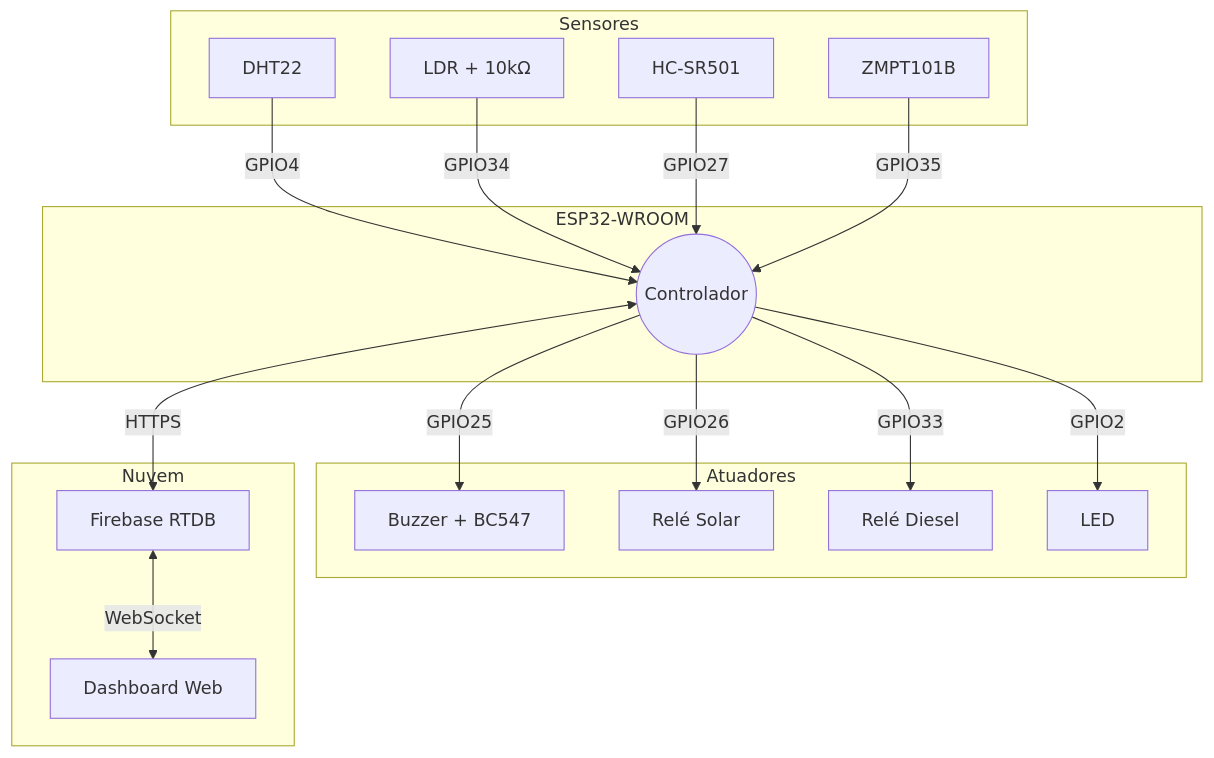
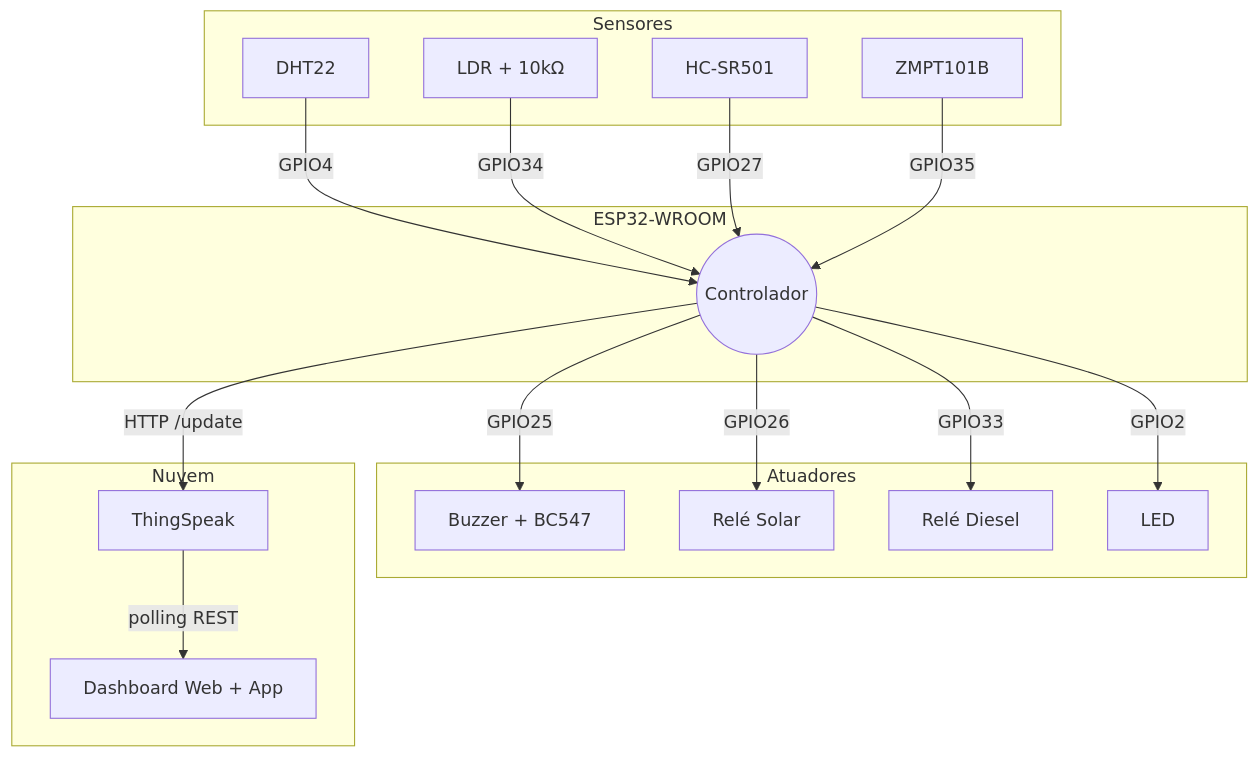
One commit to JoaoGabriel1601/BETA-IOT-2.0 changed the diagram in docs/esquematico.md. Above: the diagram before and after it, drawn with Mermaid. The commit also changed 36 other files, not shown here.

````diff
--- a/docs/esquematico.md
+++ b/docs/esquematico.md
@@ -33,38 +33,38 @@
 ```mermaid
 graph TB
     subgraph Sensores
         DHT[DHT22]
         LDR[LDR + 10kΩ]
         PIR[HC-SR501]
         ZMPT[ZMPT101B]
     end
 
     subgraph ESP32[ESP32-WROOM]
         ESP((Controlador))
     end
 
     subgraph Atuadores
         BUZ[Buzzer + BC547]
         RL1[Relé Solar]
         RL2[Relé Diesel]
         LED[LED]
     end
 
     subgraph Nuvem
-        FB[Firebase RTDB]
-        WEB[Dashboard Web]
+        TS[ThingSpeak]
+        WEB[Dashboard Web + App]
     end
 
     DHT -->|GPIO4| ESP
     LDR -->|GPIO34| ESP
     PIR -->|GPIO27| ESP
     ZMPT -->|GPIO35| ESP
 
     ESP -->|GPIO25| BUZ
     ESP -->|GPIO26| RL1
     ESP -->|GPIO33| RL2
     ESP -->|GPIO2| LED
 
-    ESP <-->|HTTPS| FB
-    FB <-->|WebSocket| WEB
+    ESP -->|HTTP /update| TS
+    TS -->|polling REST| WEB
 ```
````
